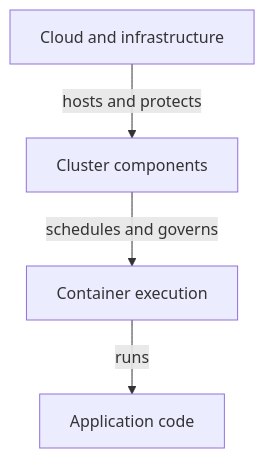
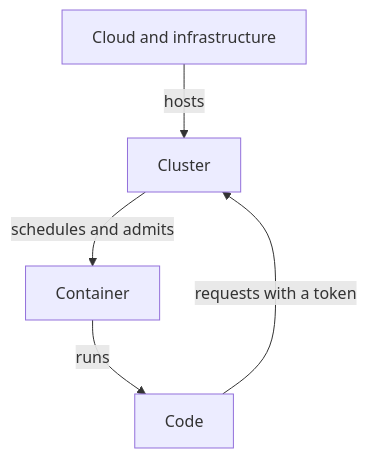
One commit to astrona-io/ATS041 changed the diagram in sections/section-010/module-01/course-01-the-four-layers-and-their-trust-relationships.md. Above: the diagram before and after it, drawn with Mermaid. The commit also changed other lines of this file and 410 other files, not shown here.

````diff
--- a/sections/section-010/module-01/course-01-the-four-layers-and-their-trust-relationships.md
+++ b/sections/section-010/module-01/course-01-the-four-layers-and-their-trust-relationships.md
@@ -26,6 +44,7 @@
 ```mermaid
 flowchart TB
-    I["Cloud and infrastructure"] -->|"hosts and protects"| K["Cluster components"]
-    K -->|"schedules and governs"| C["Container execution"]
-    C -->|"runs"| A["Application code"]
+    L1["Cloud and infrastructure"] -->|"hosts"| L2["Cluster"]
+    L2 -->|"schedules and admits"| L3["Container"]
+    L3 -->|"runs"| L4["Code"]
+    L4 -->|"requests with a token"| L2
 ```
````
